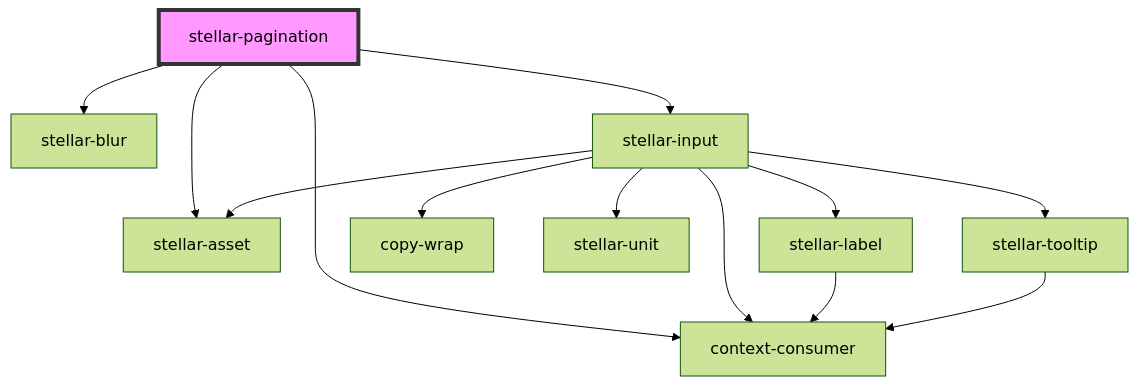
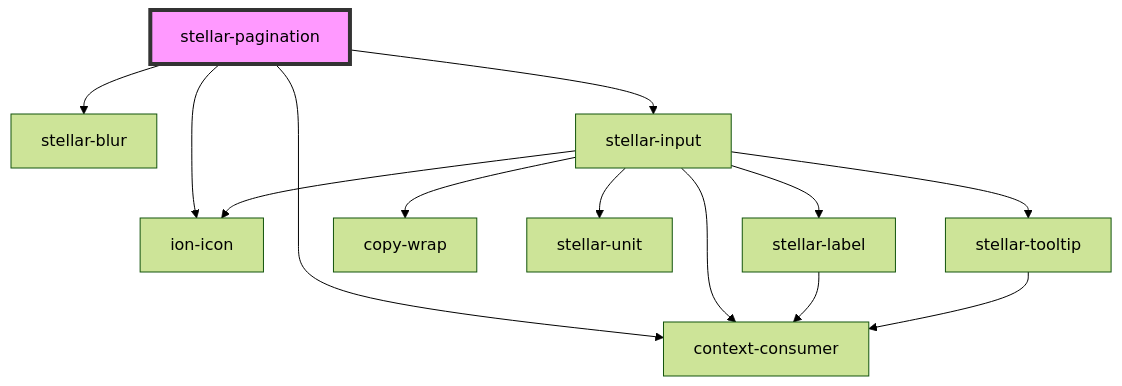
Before and after one commit to splitinfinities/Stellar: the diagram in src/components/ui/pagination/readme.md, drawn with Mermaid (forest theme). The commit also changed other lines of this file and 108 other files, not shown here.

Commit message:
Remove stellar-asset.

````diff
--- a/src/components/ui/pagination/readme.md
+++ b/src/components/ui/pagination/readme.md
@@ -51,16 +51,16 @@
 ```mermaid
 graph TD;
-  stellar-pagination --> stellar-asset
+  stellar-pagination --> ion-icon
   stellar-pagination --> stellar-blur
   stellar-pagination --> stellar-input
   stellar-pagination --> context-consumer
   stellar-input --> stellar-label
   stellar-input --> copy-wrap
-  stellar-input --> stellar-asset
+  stellar-input --> ion-icon
   stellar-input --> stellar-unit
   stellar-input --> stellar-tooltip
   stellar-input --> context-consumer
   stellar-label --> context-consumer
   stellar-tooltip --> context-consumer
   style stellar-pagination fill:#f9f,stroke:#333,stroke-width:4px
 ```
````
